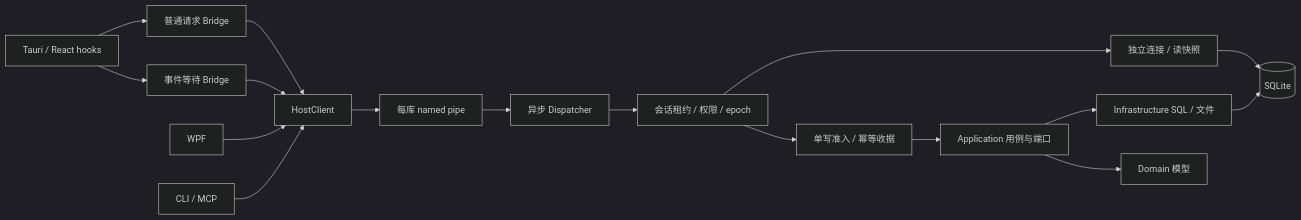
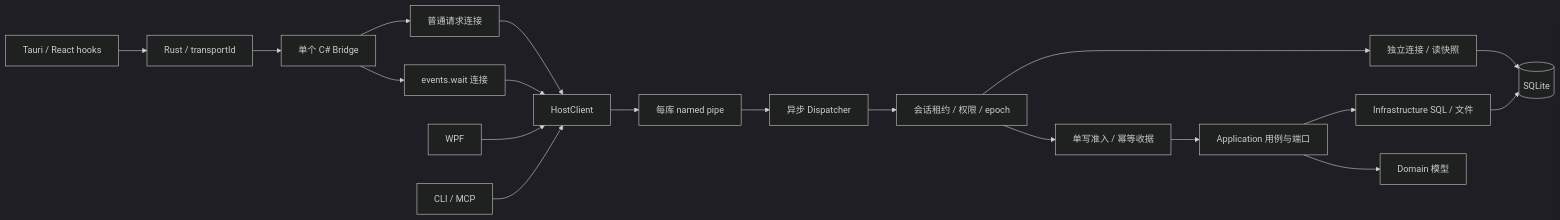
Before and after one commit to sumingwang233/GameLibrary: the diagram in docs/code-review-graph/architecture.md, drawn with Mermaid (dark theme). The commit also changed other lines of this file and 12 other files, not shown here.

````diff
--- a/docs/code-review-graph/architecture.md
+++ b/docs/code-review-graph/architecture.md
@@ -15,19 +21,21 @@
 ```mermaid
 flowchart LR
-    UI[Tauri / React hooks] --> Normal[普通请求 Bridge]
-    UI --> Events[事件等待 Bridge]
+    UI[Tauri / React hooks] --> Rust[Rust / transportId]
+    Rust --> Bridge[单个 C# Bridge]
+    Bridge --> Normal[普通请求连接]
+    Bridge --> Events[events.wait 连接]
     WPF[WPF] --> Client[HostClient]
     CLI[CLI / MCP] --> Client
     Normal --> Client
     Events --> Client
     Client --> Pipe[每库 named pipe]
     Pipe --> Dispatch[异步 Dispatcher]
     Dispatch --> Gate[会话租约 / 权限 / epoch]
     Gate --> Read[独立连接 / 读快照]
     Gate --> Write[单写准入 / 幂等收据]
     Write --> App[Application 用例与端口]
     App --> Infra[Infrastructure SQL / 文件]
     App --> Domain[Domain 模型]
     Infra --> DB[(SQLite)]
     Read --> DB
 ```
````
